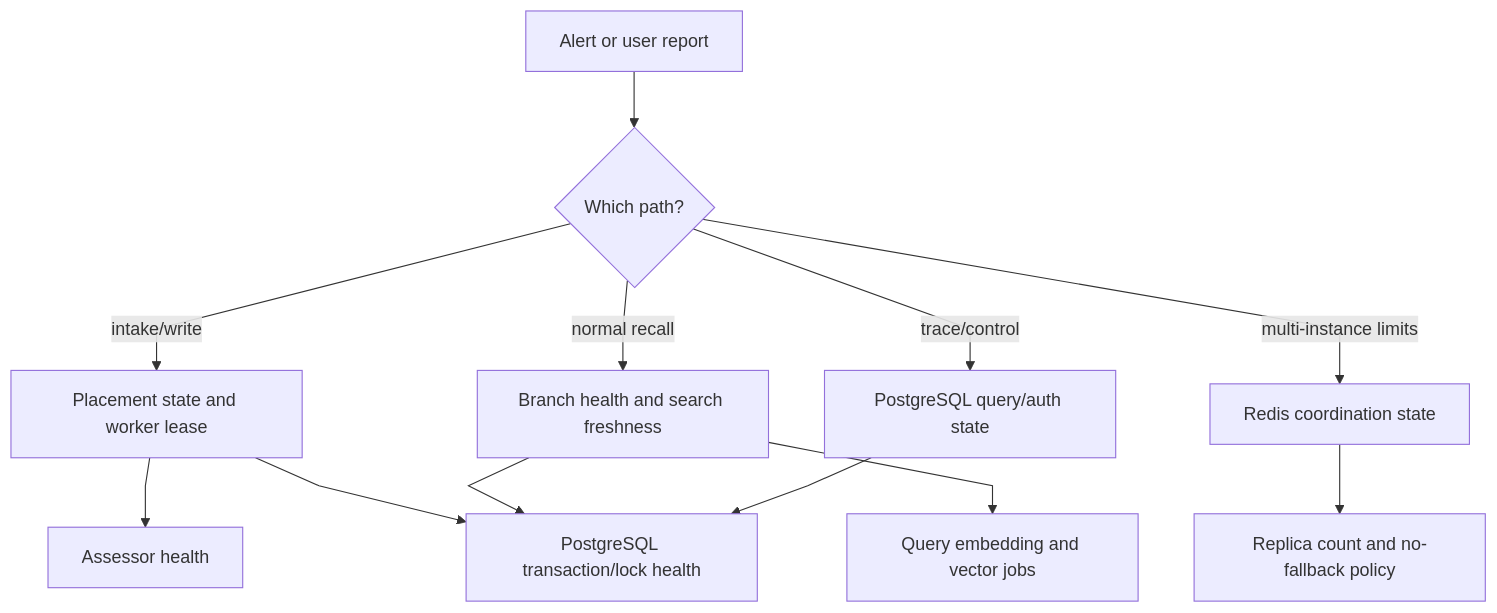
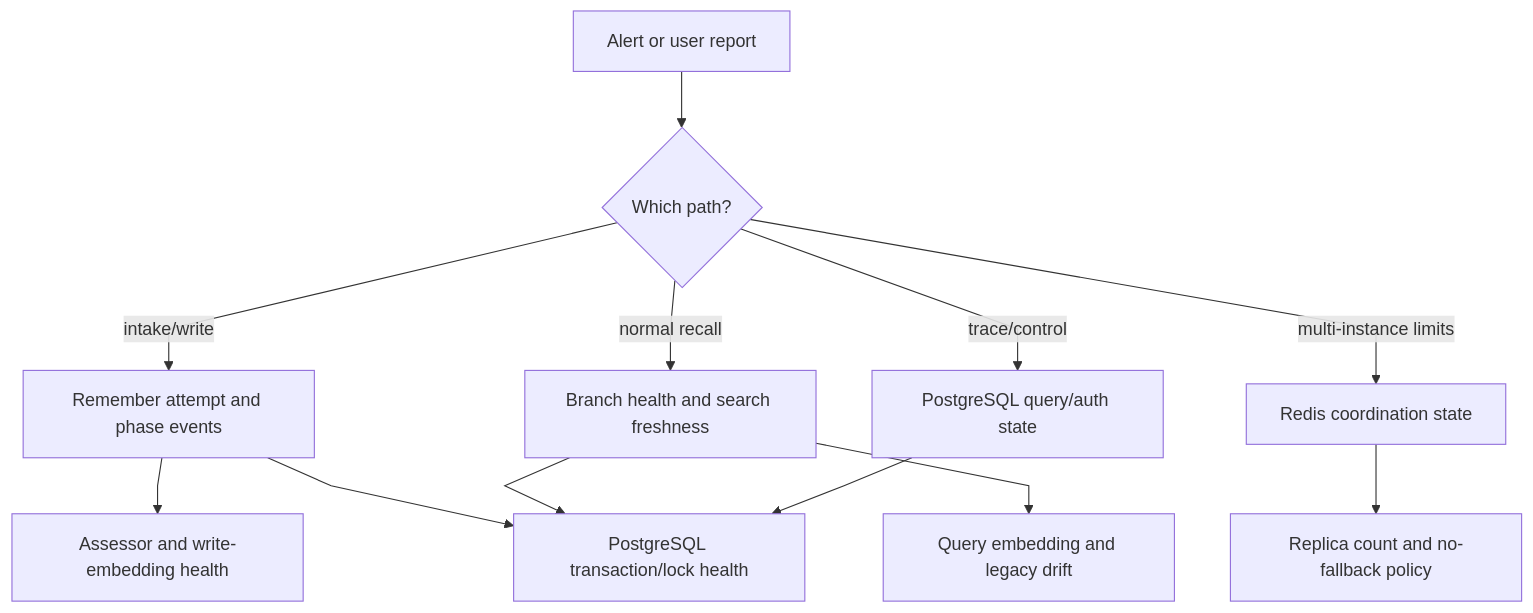
Before and after one commit to markhuangai/dense-mem: the third of 10 diagrams in Operations-Runbook.md, drawn with Mermaid. The commit also changed other lines of this file and 24 other files, not shown here.

````diff
--- a/Operations-Runbook.md
+++ b/Operations-Runbook.md
@@ -328,15 +338,15 @@
 ```mermaid
 %%{init: {"flowchart": {"curve": "linear"}}}%%
 flowchart TD
   Alert["Alert or user report"] --> Scope{"Which path?"}
-  Scope -- intake/write --> Placement["Placement state and worker lease"]
+  Scope -- intake/write --> Remember["Remember attempt and phase events"]
   Scope -- normal recall --> Search["Branch health and search freshness"]
   Scope -- trace/control --> PG["PostgreSQL query/auth state"]
   Scope -- multi-instance limits --> Redis["Redis coordination state"]
-  Placement --> Provider["Assessor health"]
-  Placement --> Database["PostgreSQL transaction/lock health"]
-  Search --> Embed["Query embedding and vector jobs"]
+  Remember --> Provider["Assessor and write-embedding health"]
+  Remember --> Database["PostgreSQL transaction/lock health"]
+  Search --> Embed["Query embedding and legacy drift"]
   Search --> Database
   PG --> Database
   Redis --> Topology["Replica count and no-fallback policy"]
 ```
````
